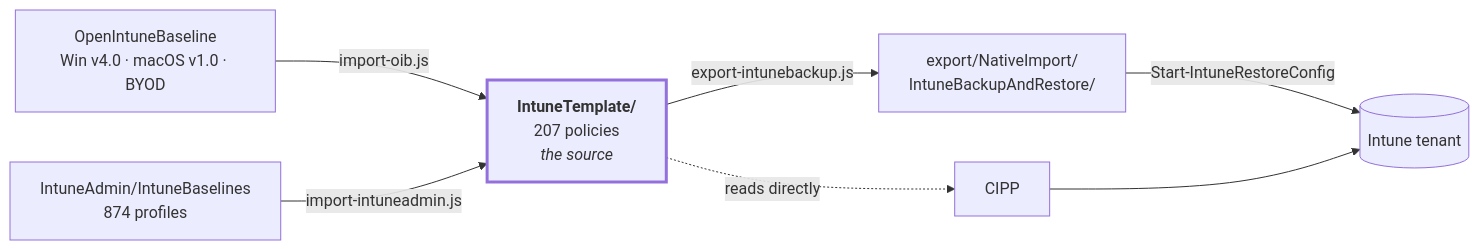
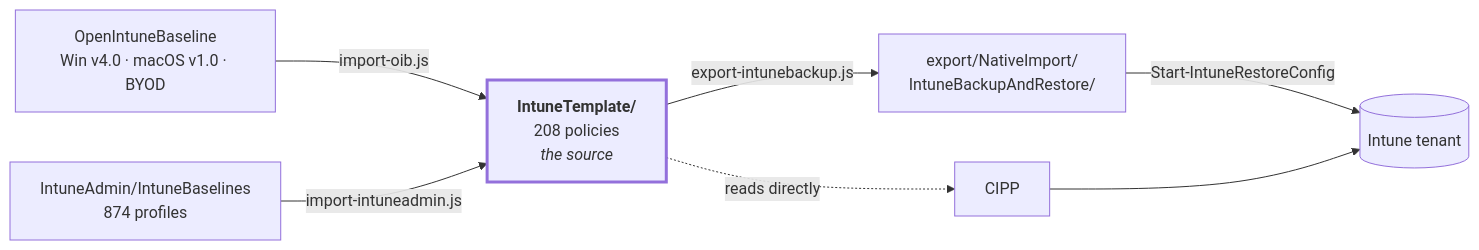
Before and after one commit to sjkanon/IntuneBackup: the diagram in README.en.md, drawn with Mermaid. The commit also changed other lines of this file and 31 other files, not shown here.

````diff
--- a/README.en.md
+++ b/README.en.md
@@ -20,17 +20,17 @@
 ```mermaid
 flowchart LR
   OIB["OpenIntuneBaseline<br/>Win v4.0 · macOS v1.0 · BYOD"]
-  T["<b>IntuneTemplate/</b><br/>207 policies<br/><i>the source</i>"]
+  T["<b>IntuneTemplate/</b><br/>208 policies<br/><i>the source</i>"]
   EX["export/NativeImport/<br/>IntuneBackupAndRestore/"]
   TENANT[("Intune tenant")]
 
   OIB -->|import-oib.js| T
   T -->|export-intunebackup.js| EX
   T -.->|reads directly| CIPP[CIPP]
   EX -->|Start-IntuneRestoreConfig| TENANT
   CIPP --> TENANT
 
   IA["IntuneAdmin/IntuneBaselines<br/>874 profiles"] -->|import-intuneadmin.js| T
 
   style T stroke-width:3px
 ```
````
